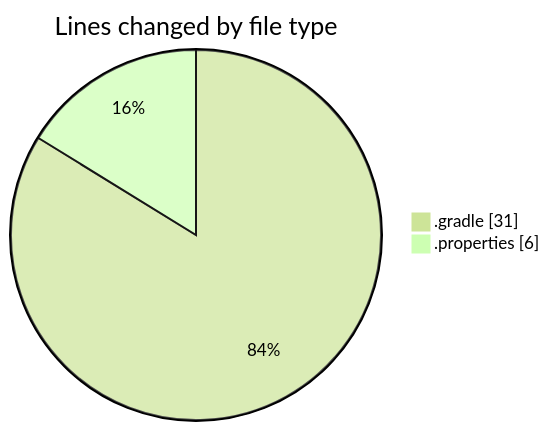
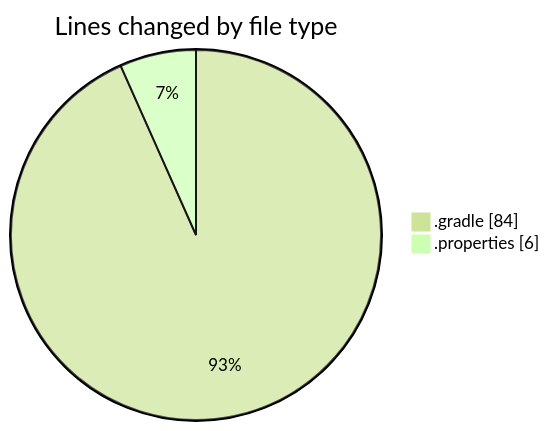
Before and after one commit to donsfak/code-tracking: the first of 2 diagrams in 2025-06-04/trackers_app/README.md, drawn with Mermaid (forest theme). The commit also changed other lines of this file and 1 other file, not shown here.

````diff
--- a/2025-06-04/trackers_app/README.md
+++ b/2025-06-04/trackers_app/README.md
@@ -21,6 +22,6 @@
 ```mermaid
 pie showData
 title Lines changed by file type
-".gradle" : 31
+".gradle" : 84
 ".properties" : 6
 ```
````
